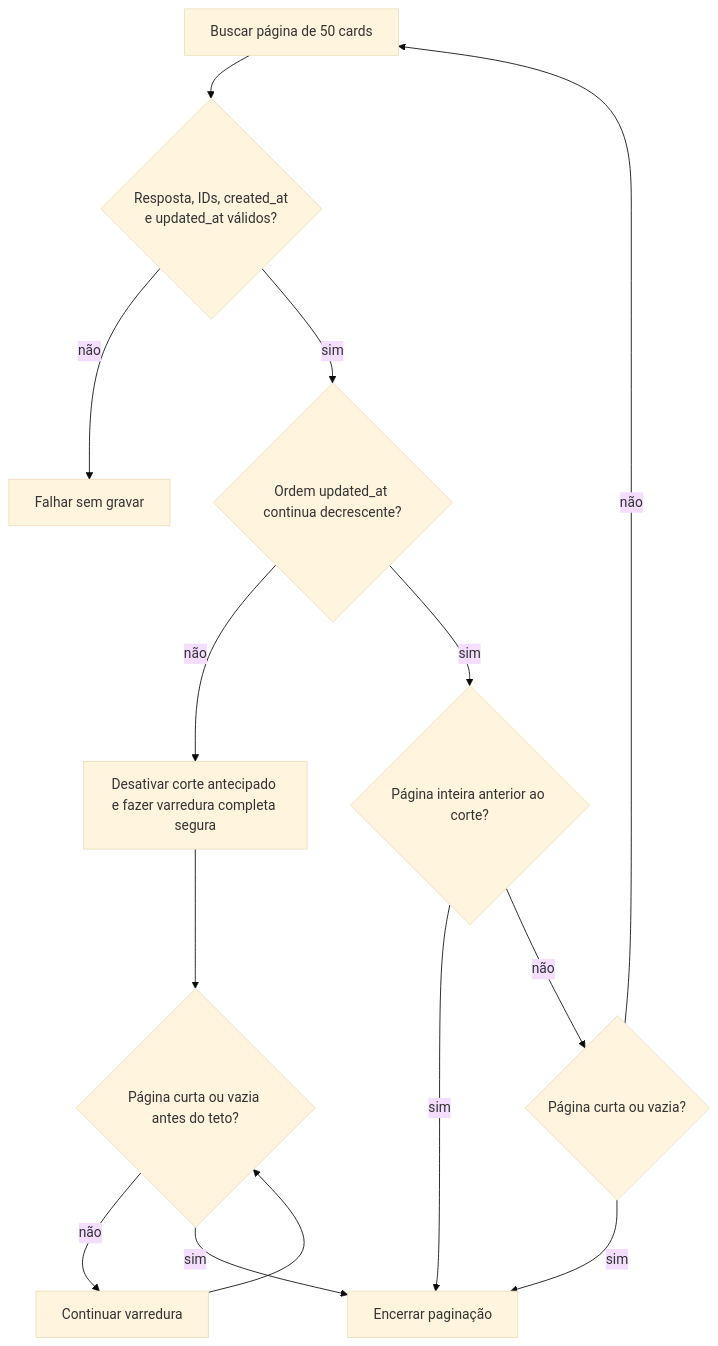
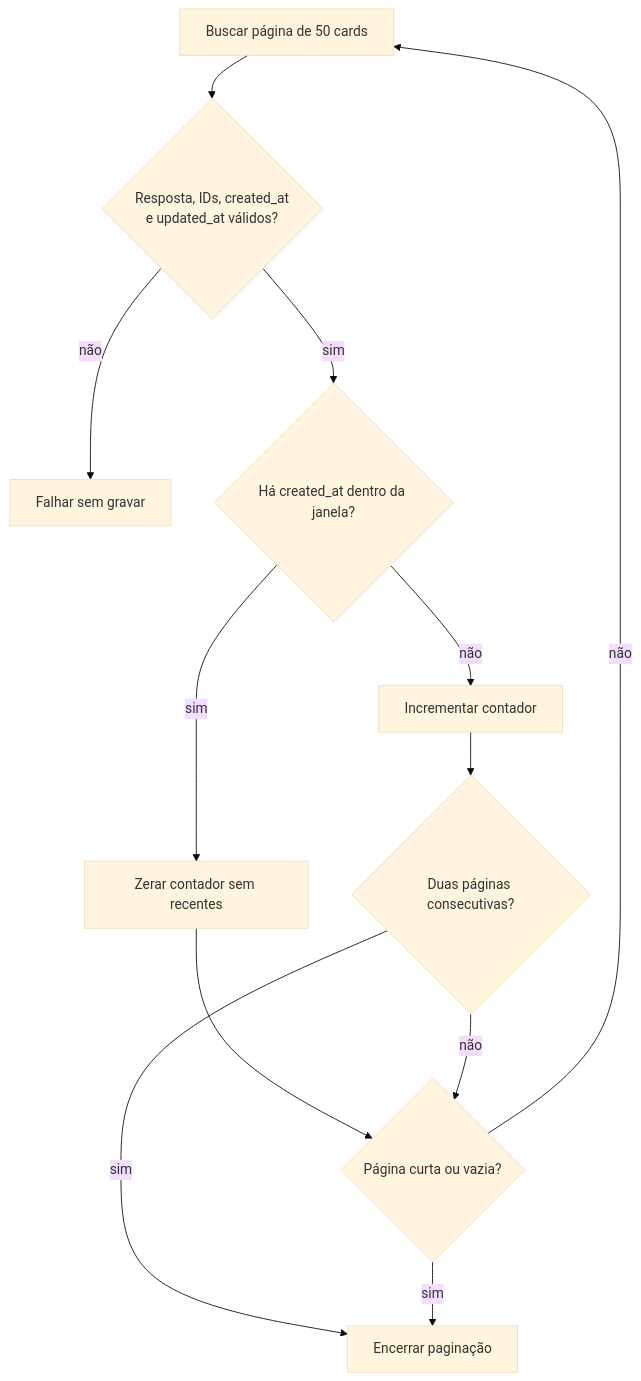
The third of 4 diagrams in README.md (operacoesicaiu/icaiu-data), drawn with Mermaid (base theme) before and after one commit. The commit also changed other lines of this file and 7 other files, not shown here.

````diff
--- a/README.md
+++ b/README.md
@@ -168,16 +168,14 @@
 ```mermaid
 flowchart TD
     P[Buscar página de 50 cards] --> V{Resposta, IDs, created_at<br/>e updated_at válidos?}
     V -- não --> F[Falhar sem gravar]
-    V -- sim --> O{Ordem updated_at continua decrescente?}
-    O -- não --> FS[Desativar corte antecipado e fazer varredura completa segura]
-    O -- sim --> C{Página inteira anterior ao corte?}
-    C -- sim --> E[Encerrar paginação]
-    C -- não --> N{Página curta ou vazia?}
+    V -- sim --> C{Há created_at dentro da janela?}
+    C -- sim --> Z[Zerar contador sem recentes]
+    C -- não --> I[Incrementar contador]
+    Z --> N{Página curta ou vazia?}
+    I --> D{Duas páginas consecutivas?}
+    D -- sim --> E[Encerrar paginação]
+    D -- não --> N
     N -- sim --> E
     N -- não --> P
-    FS --> L{Página curta ou vazia antes do teto?}
-    L -- não --> P2[Continuar varredura]
-    P2 --> L
-    L -- sim --> E
 ```
````
